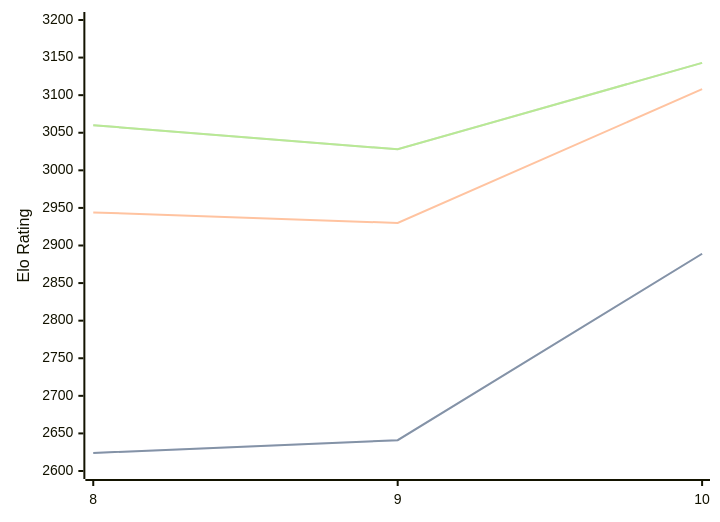
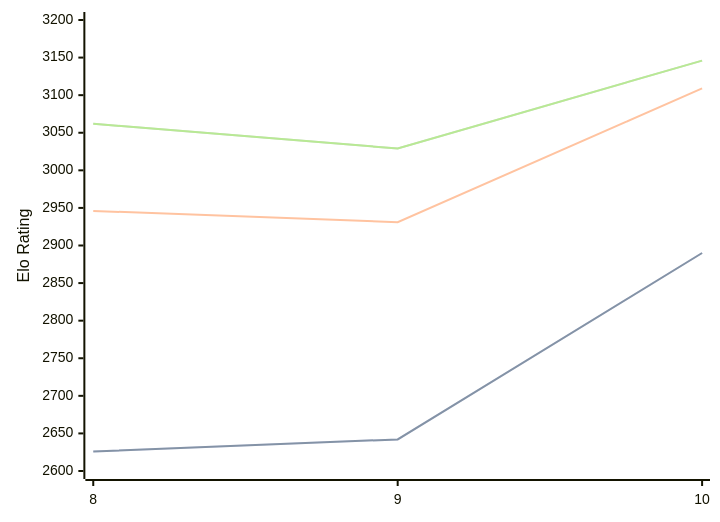
One commit to computer-chess-index/cci changed the diagram in engines/Lozza.md. Above: the diagram before and after it, drawn with Mermaid. The commit also changed other lines of this file, not shown here.

Commit message:
Update CCI Ratings (ELO VLTC) - 2026-04-11

````diff
--- a/engines/Lozza.md
+++ b/engines/Lozza.md
@@ -41,11 +41,11 @@
 ```mermaid
 %%{init: {"theme":"base","themeVariables":{"seriesColors:['#a3a3a3','#222221','#faa371']}}}%%
 xychart-beta
   x-axis ["8", "9", "10"]
   y-axis "Elo Rating" 2600 --> 3200
-  line "STC (8.0+0.08s)" [2624, 2641, 2889]
-  line "STC (8.0+0.08s)" [2624, 2641, 2889]
-  line "LTC (60.0+0.60s)" [2944, 2930, 3108]
-  line "VLTC (2m24s+1.12s)" [3060, 3028, 3143]
-  line "VLTC (2m24s+1.12s)" [3060, 3028, 3143]
+  line "STC (8.0+0.08s)" [2626, 2642, 2890]
+  line "STC (8.0+0.08s)" [2626, 2642, 2890]
+  line "LTC (60.0+0.60s)" [2946, 2931, 3109]
+  line "VLTC (2m24s+1.12s)" [3062, 3029, 3146]
+  line "VLTC (2m24s+1.12s)" [3062, 3029, 3146]
 ```
````
